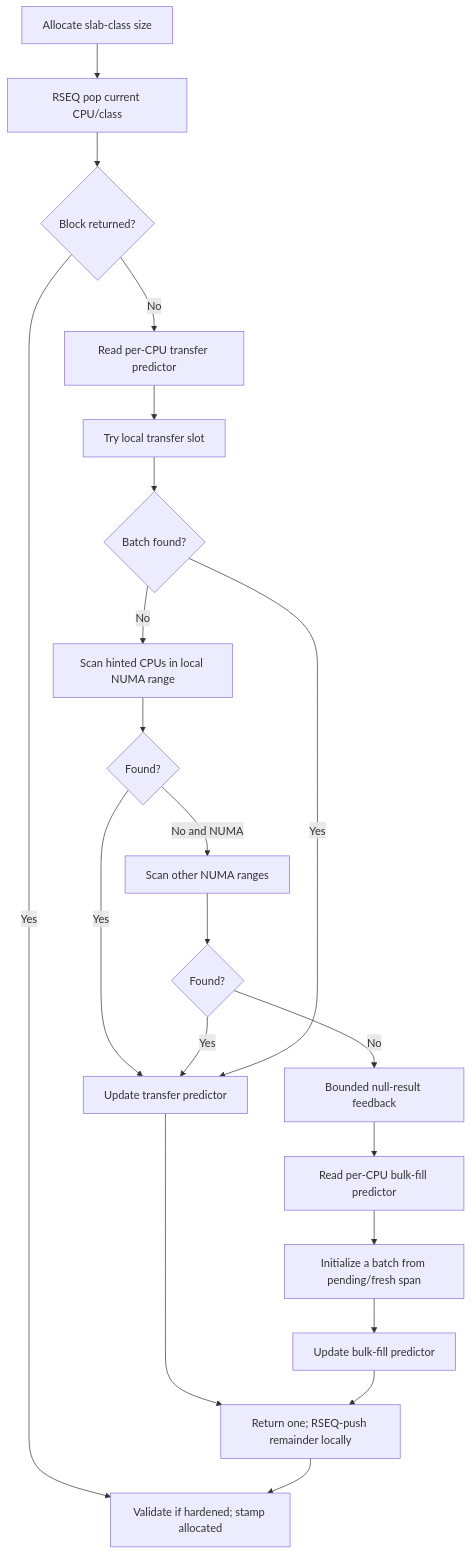
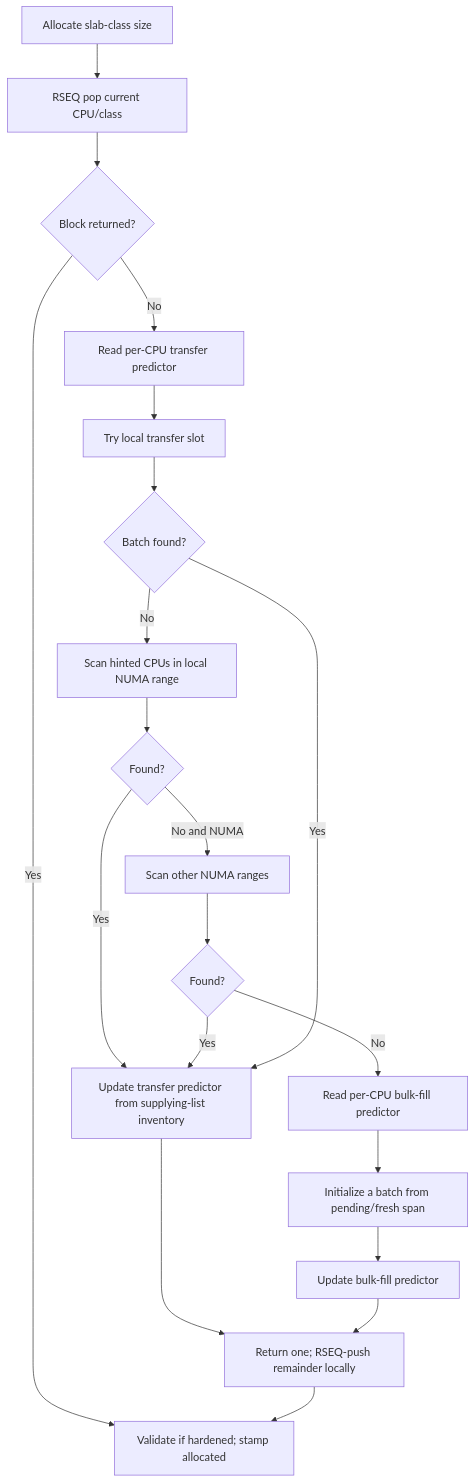
The second of 3 diagrams in ARCHITECTURE.md (Metehan120/rsmalloc), drawn with Mermaid before and after one commit. The commit also changed other lines of this file and 1 other file, not shown here.

````diff
--- a/ARCHITECTURE.md
+++ b/ARCHITECTURE.md
@@ -93,23 +93,22 @@
 ```mermaid
 flowchart TD
     START["Allocate slab-class size"] --> POP["RSEQ pop current CPU/class"]
     POP --> HIT{"Block returned?"}
     HIT -- Yes --> STAMP["Validate if hardened; stamp allocated"]
     HIT -- No --> CHOOSE["Read per-CPU transfer predictor"]
     CHOOSE --> TRY["Try local transfer slot"]
     TRY --> LOCALHIT{"Batch found?"}
     LOCALHIT -- No --> SAME["Scan hinted CPUs in local NUMA range"]
     SAME --> REMOTE{"Found?"}
     REMOTE -- No and NUMA --> OTHER["Scan other NUMA ranges"]
     OTHER --> RESULT{"Found?"}
-    REMOTE -- Yes --> FEEDBACK["Update transfer predictor"]
+    REMOTE -- Yes --> FEEDBACK["Update transfer predictor from supplying-list inventory"]
     RESULT -- Yes --> FEEDBACK
     LOCALHIT -- Yes --> FEEDBACK
     FEEDBACK --> ONE["Return one; RSEQ-push remainder locally"]
     ONE --> STAMP
-    RESULT -- No --> NULLFEEDBACK["Bounded null-result feedback"]
-    NULLFEEDBACK --> BF["Read per-CPU bulk-fill predictor"]
+    RESULT -- No --> BF["Read per-CPU bulk-fill predictor"]
     BF --> INIT["Initialize a batch from pending/fresh span"]
     INIT --> BFEDBACK["Update bulk-fill predictor"]
     BFEDBACK --> ONE
 ```
````
